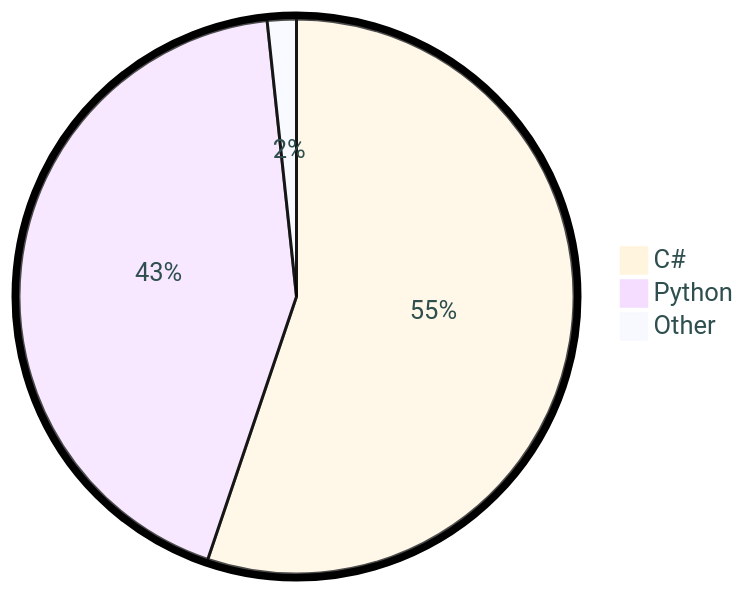
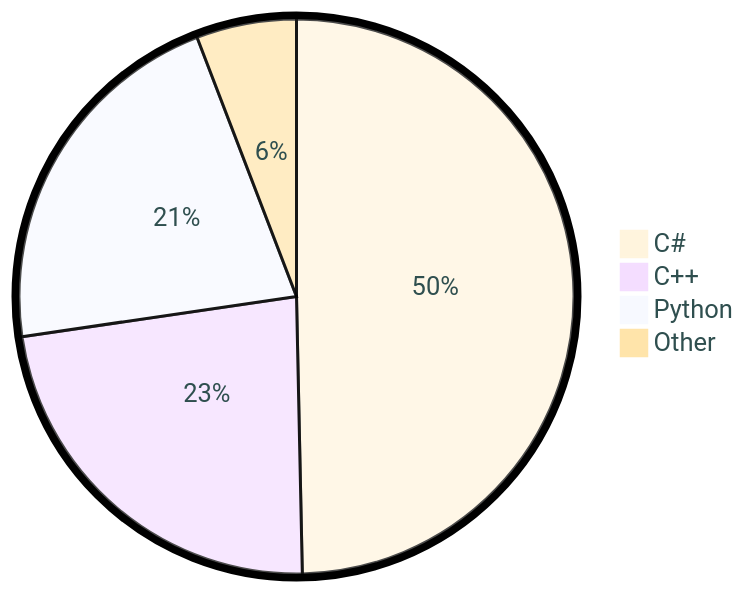
The diagram in README.md (tot0p/tot0p), drawn with Mermaid before and after one commit. The commit also changed other lines of this file, not shown here.

````diff
--- a/README.md
+++ b/README.md
@@ -72,7 +75,8 @@
 ```mermaid
 %%{init: {"pie": {"textPosition": 0.5}, "themeVariables": {"pieOuterStrokeWidth": "5px","primaryTextColor" : "#2F4F4F"},"theme":"base"} }%%
 pie
-	"C#": 55.18
-	"Python": 43.13
-	"Other": 1.69
+	"C#": 49.66
+	"C++": 23.02
+	"Python": 21.48
+	"Other": 5.829999999999999
 ```
````
